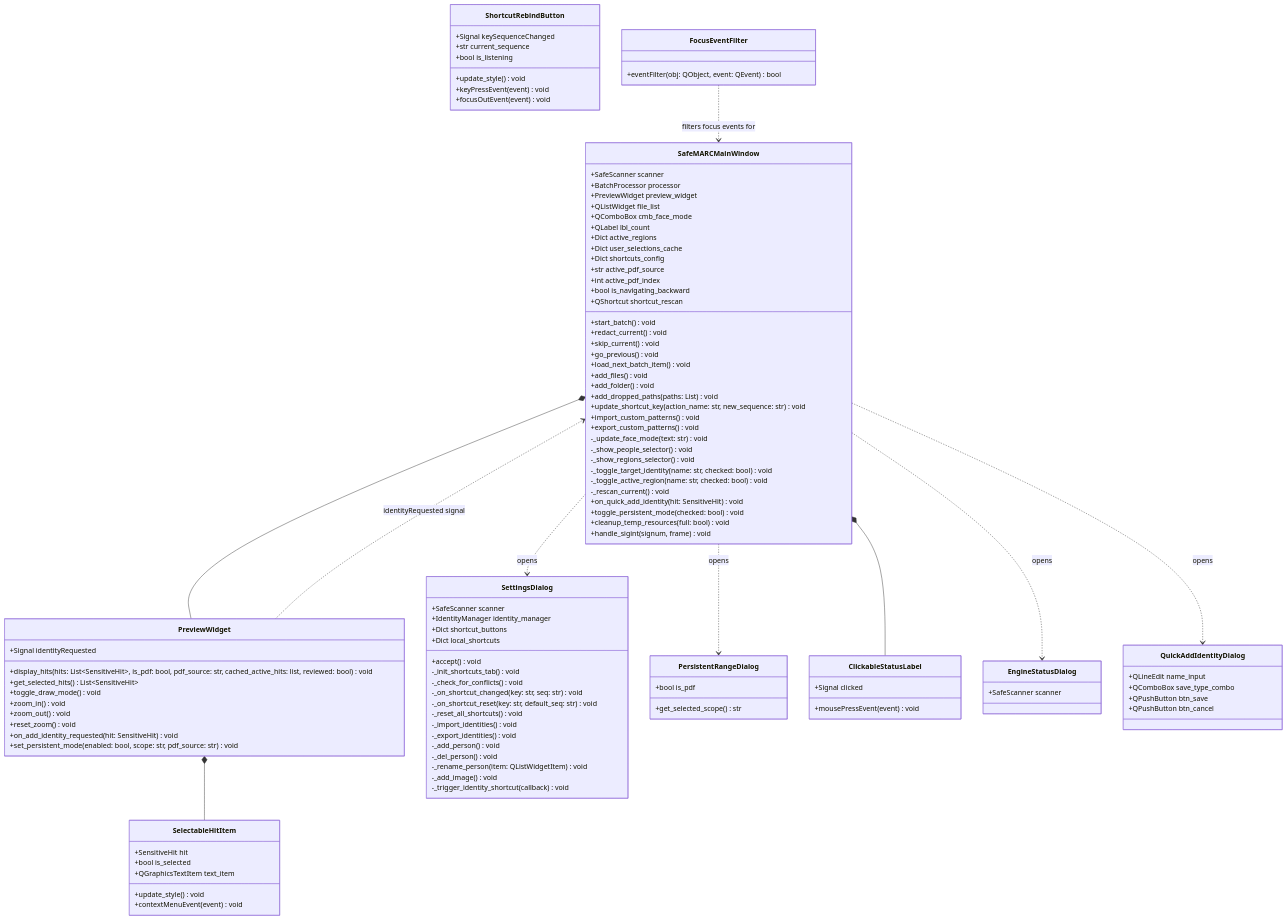
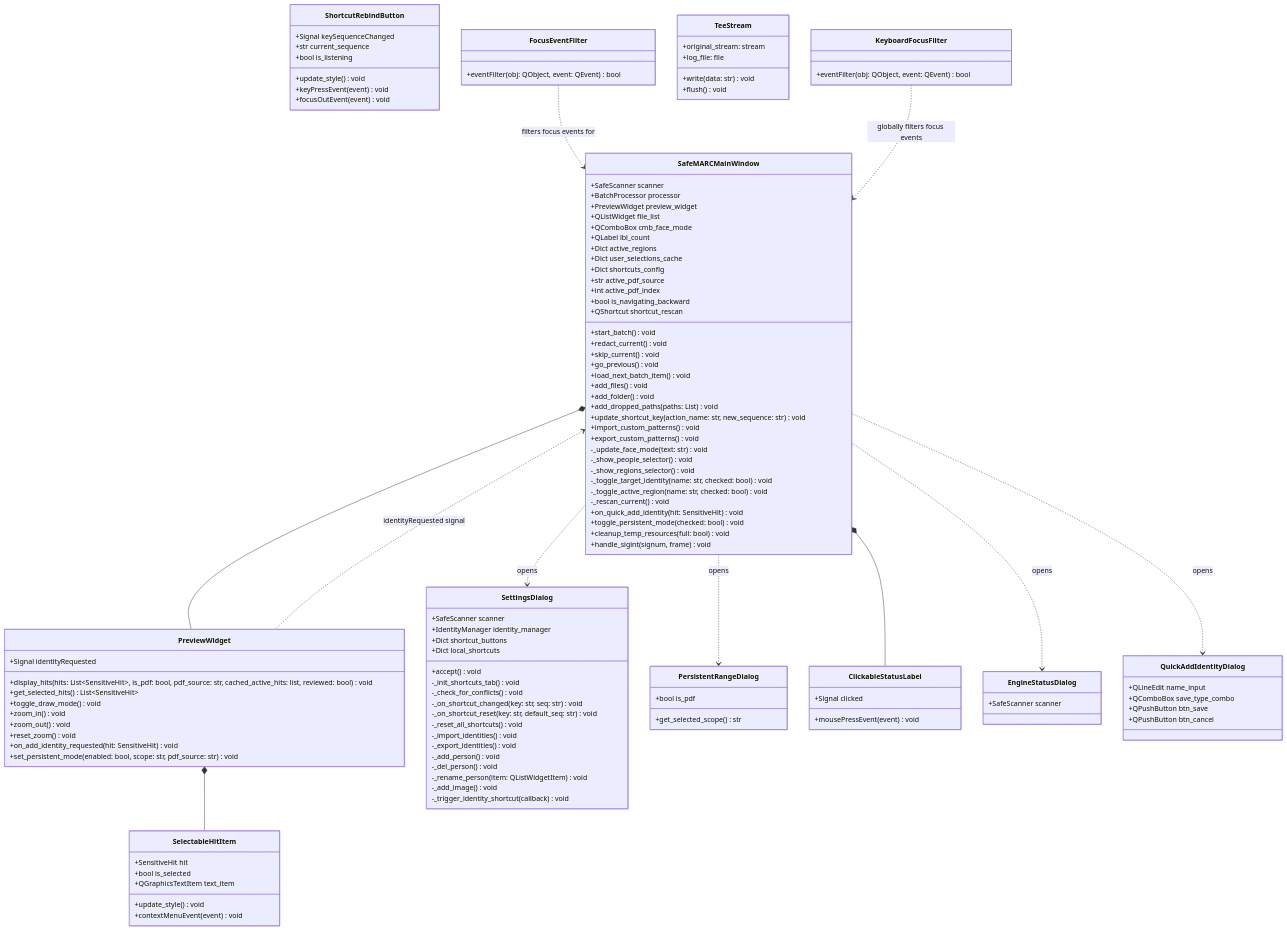
Before and after one commit to FurqanHun/SafeMARC: the third of 3 diagrams in docs/architecture/uml_classes.md, drawn with Mermaid.

Commit message:
docs(uml): document entry point logging & focus filter classes

````diff
--- a/docs/architecture/uml_classes.md
+++ b/docs/architecture/uml_classes.md
@@ -239,6 +239,17 @@
         +QPushButton btn_cancel
     }
 
+    class TeeStream {
+        +original_stream: stream
+        +log_file: file
+        +write(data: str) void
+        +flush() void
+    }
+
+    class KeyboardFocusFilter {
+        +eventFilter(obj: QObject, event: QEvent) bool
+    }
+
     SafeMARCMainWindow *-- PreviewWidget
     SafeMARCMainWindow *-- ClickableStatusLabel
     SafeMARCMainWindow ..> SettingsDialog : opens
@@ -248,4 +259,5 @@
     PreviewWidget *-- SelectableHitItem
     PreviewWidget ..> SafeMARCMainWindow : identityRequested signal
     FocusEventFilter ..> SafeMARCMainWindow : filters focus events for
+    KeyboardFocusFilter ..> SafeMARCMainWindow : globally filters focus events
 ```
````
